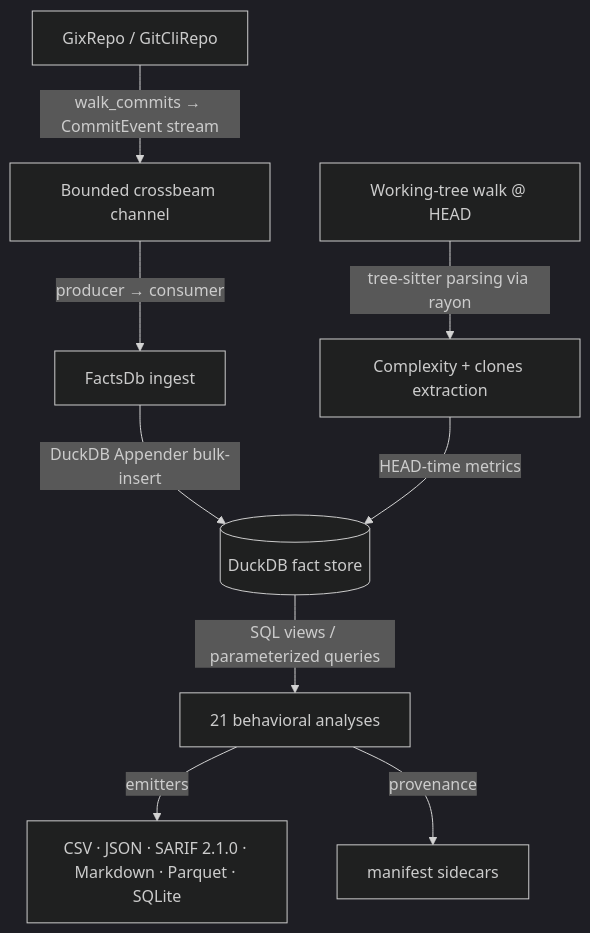
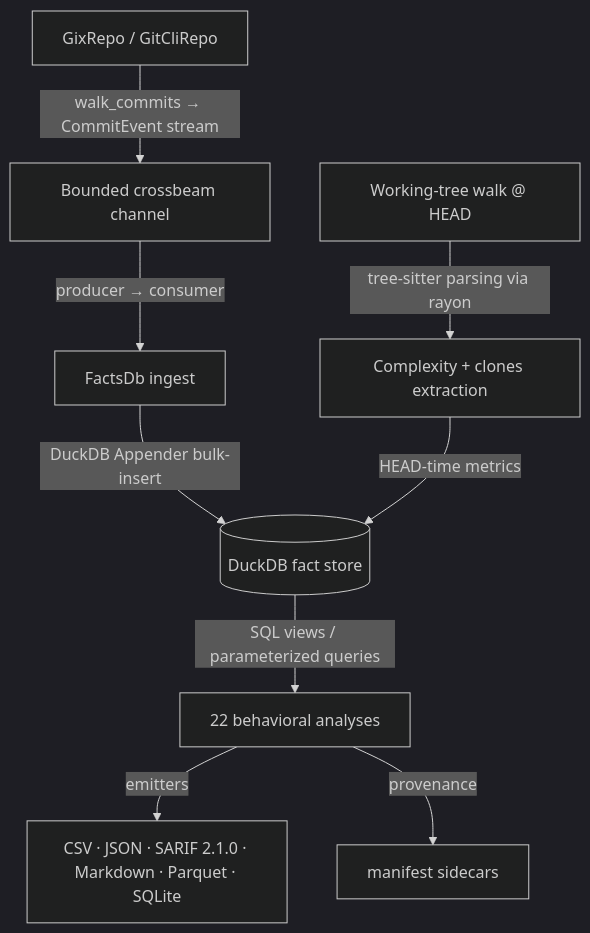
The diagram in docs/codebase_analysis.md (emrecdr/codelore), drawn with Mermaid (dark theme) before and after one commit. The commit also changed other lines of this file and 46 other files, not shown here.

````diff
--- a/docs/codebase_analysis.md
+++ b/docs/codebase_analysis.md
@@ -29,11 +29,11 @@
 ```mermaid
 graph TD
     A[GixRepo / GitCliRepo] -->|walk_commits → CommitEvent stream| B[Bounded crossbeam channel]
     B -->|producer → consumer| C[FactsDb ingest]
     C -->|DuckDB Appender bulk-insert| D[(DuckDB fact store)]
     E[Working-tree walk @ HEAD] -->|tree-sitter parsing via rayon| F[Complexity + clones extraction]
     F -->|HEAD-time metrics| D
-    D -->|SQL views / parameterized queries| G[21 behavioral analyses]
+    D -->|SQL views / parameterized queries| G[22 behavioral analyses]
     G -->|emitters| H[CSV · JSON · SARIF 2.1.0 · Markdown · Parquet · SQLite]
     G -->|provenance| I[manifest sidecars]
 ```
````
